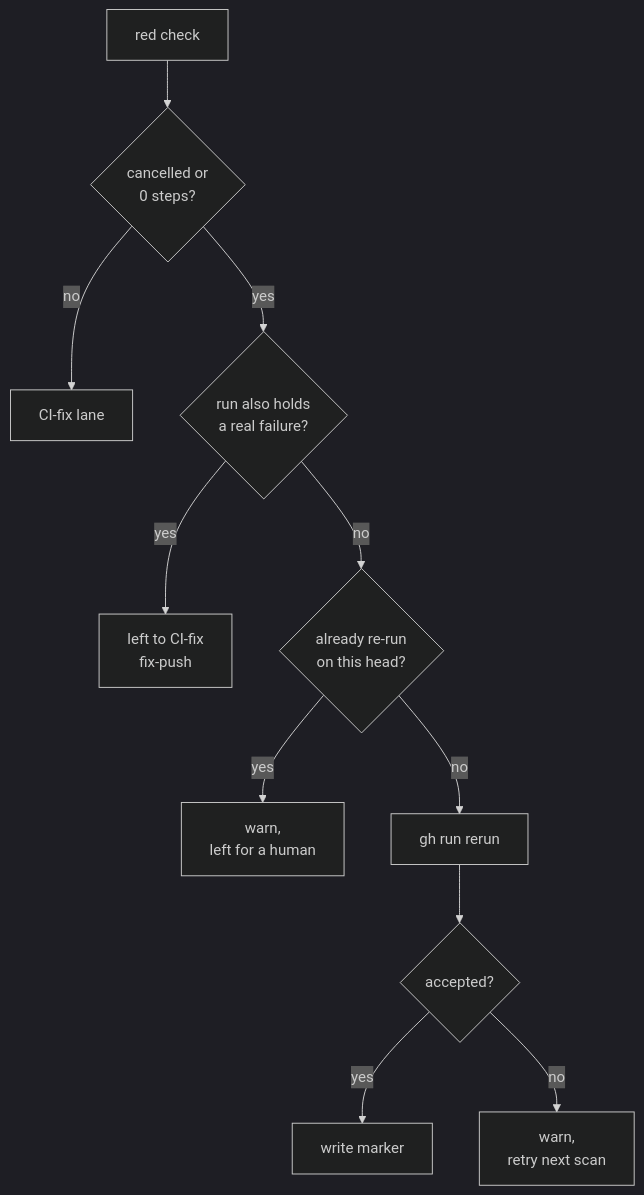
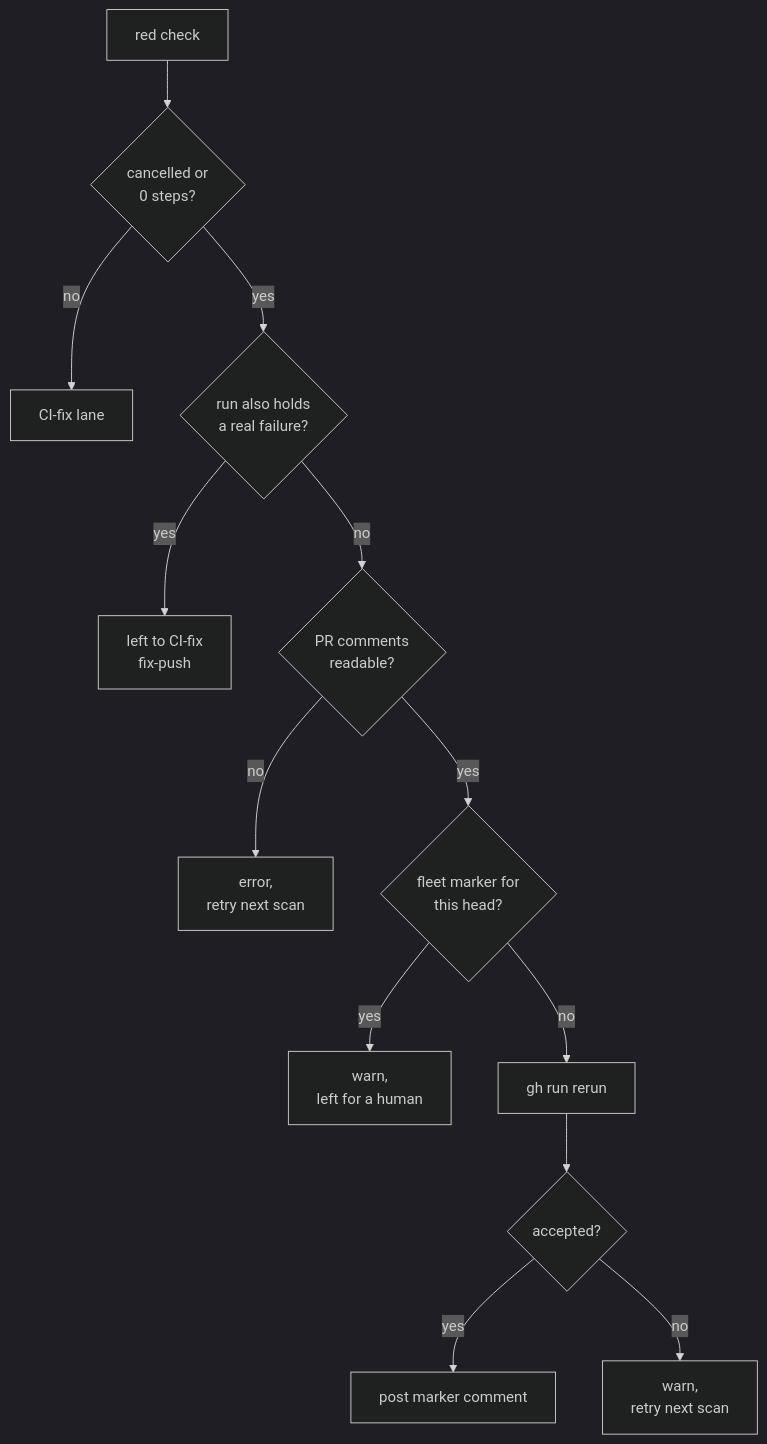
Before and after one commit to stSoftwareAU/VibeCoder: the seventh of 7 diagrams in docs/workflows/ci-fix.md, drawn with Mermaid (dark theme). The commit also changed other lines of this file and 2 other files, not shown here.

Commit message:
WIP checkpoint: periodic agent progress snapshot (Issue #4170)
Vibe-Coder-Run-Id: vibe-mupa3i16-25de01

````diff
--- a/docs/workflows/ci-fix.md
+++ b/docs/workflows/ci-fix.md
@@ -225,13 +225,15 @@
 ```mermaid
 flowchart TD
     A["red check"] --> B{"cancelled or<br/>0 steps?"}
     B -->|no| X["CI-fix lane"]
     B -->|yes| C{"run also holds<br/>a real failure?"}
     C -->|yes| X2["left to CI-fix<br/>fix-push"]
-    C -->|no| D{"already re-run<br/>on this head?"}
+    C -->|no| U{"PR comments<br/>readable?"}
+    U -->|no| Z["error,<br/>retry next scan"]
+    U -->|yes| D{"fleet marker for<br/>this head?"}
     D -->|yes| W["warn,<br/>left for a human"]
     D -->|no| G["gh run rerun"]
     G --> E{"accepted?"}
-    E -->|yes| M["write marker"]
+    E -->|yes| M["post marker comment"]
     E -->|no| R["warn,<br/>retry next scan"]
 ```
````
